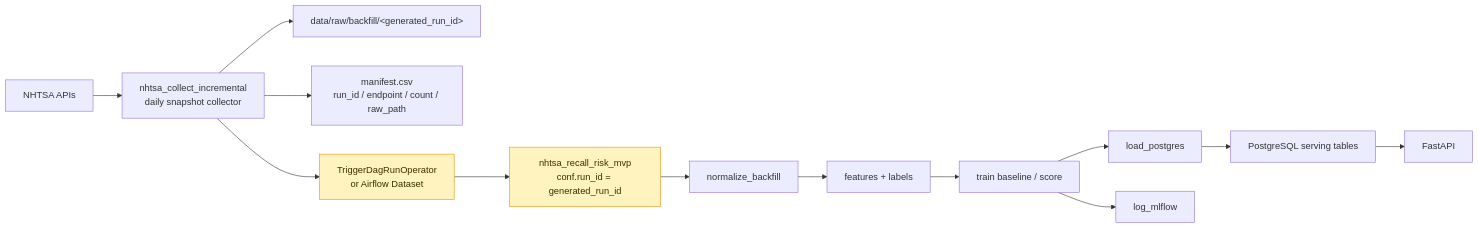
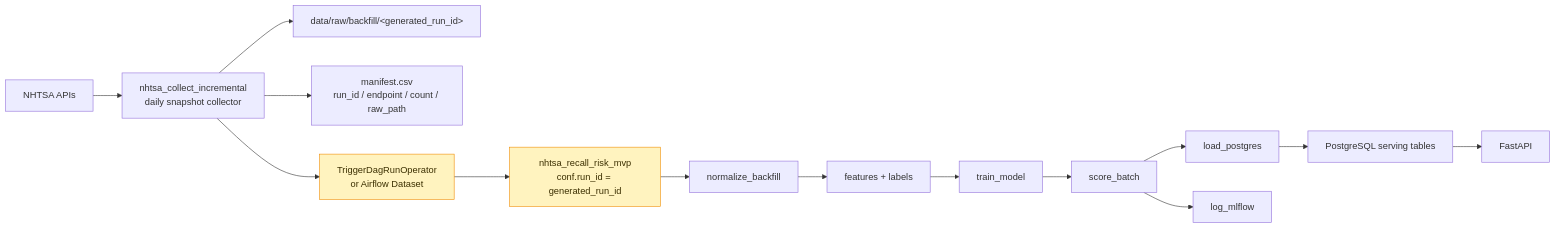
Before and after one commit to belucent0/vehicle-recall-risk-mlops: the third of 5 diagrams in docs/ARCHITECTURE_VISUALIZATION.md, drawn with Mermaid. The commit also changed other lines of this file and 12 other files, not shown here.

````diff
--- a/docs/ARCHITECTURE_VISUALIZATION.md
+++ b/docs/ARCHITECTURE_VISUALIZATION.md
@@ -153,20 +156,21 @@
 ```mermaid
 flowchart LR
     nhtsa["NHTSA APIs"] --> collect["nhtsa_collect_incremental<br/>daily snapshot collector"]
     collect --> raw["data/raw/backfill/&lt;generated_run_id&gt;"]
     collect --> manifest["manifest.csv<br/>run_id / endpoint / count / raw_path"]
 
     collect --> handoff["TriggerDagRunOperator<br/>or Airflow Dataset"]
     handoff --> process["nhtsa_recall_risk_mvp<br/>conf.run_id = generated_run_id"]
 
     process --> normalize["normalize_backfill"]
     normalize --> features["features + labels"]
-    features --> train["train baseline / score"]
-    train --> load["load_postgres"]
-    train --> mlflow["log_mlflow"]
+    features --> train["train_model"]
+    train --> score["score_batch"]
+    score --> load["load_postgres"]
+    score --> mlflow["log_mlflow"]
     load --> postgres["PostgreSQL serving tables"]
     postgres --> api["FastAPI"]
 
     classDef next fill:#fff3bf,stroke:#f08c00,color:#3b2f00;
     class handoff,process next;
 ```
````
